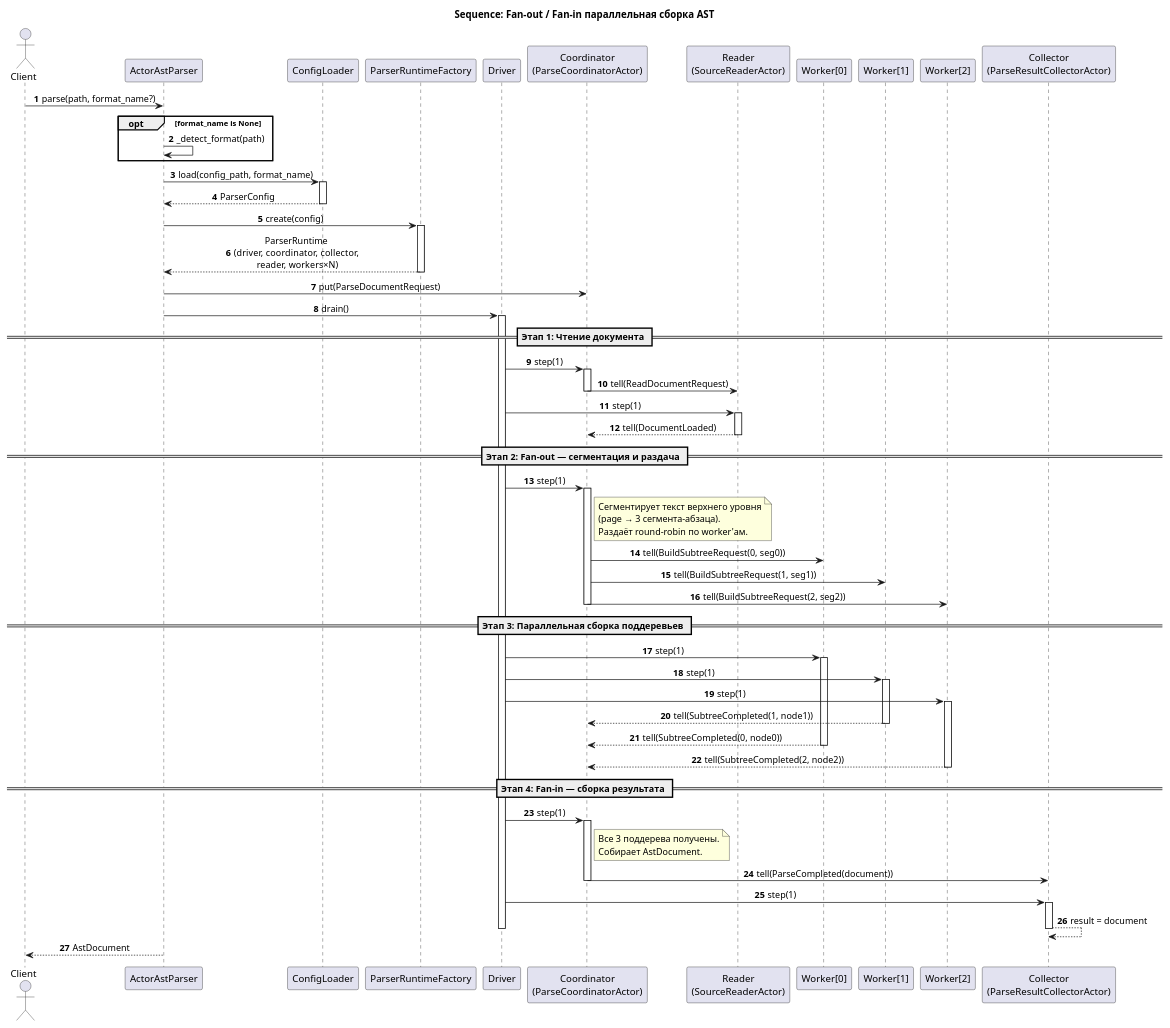
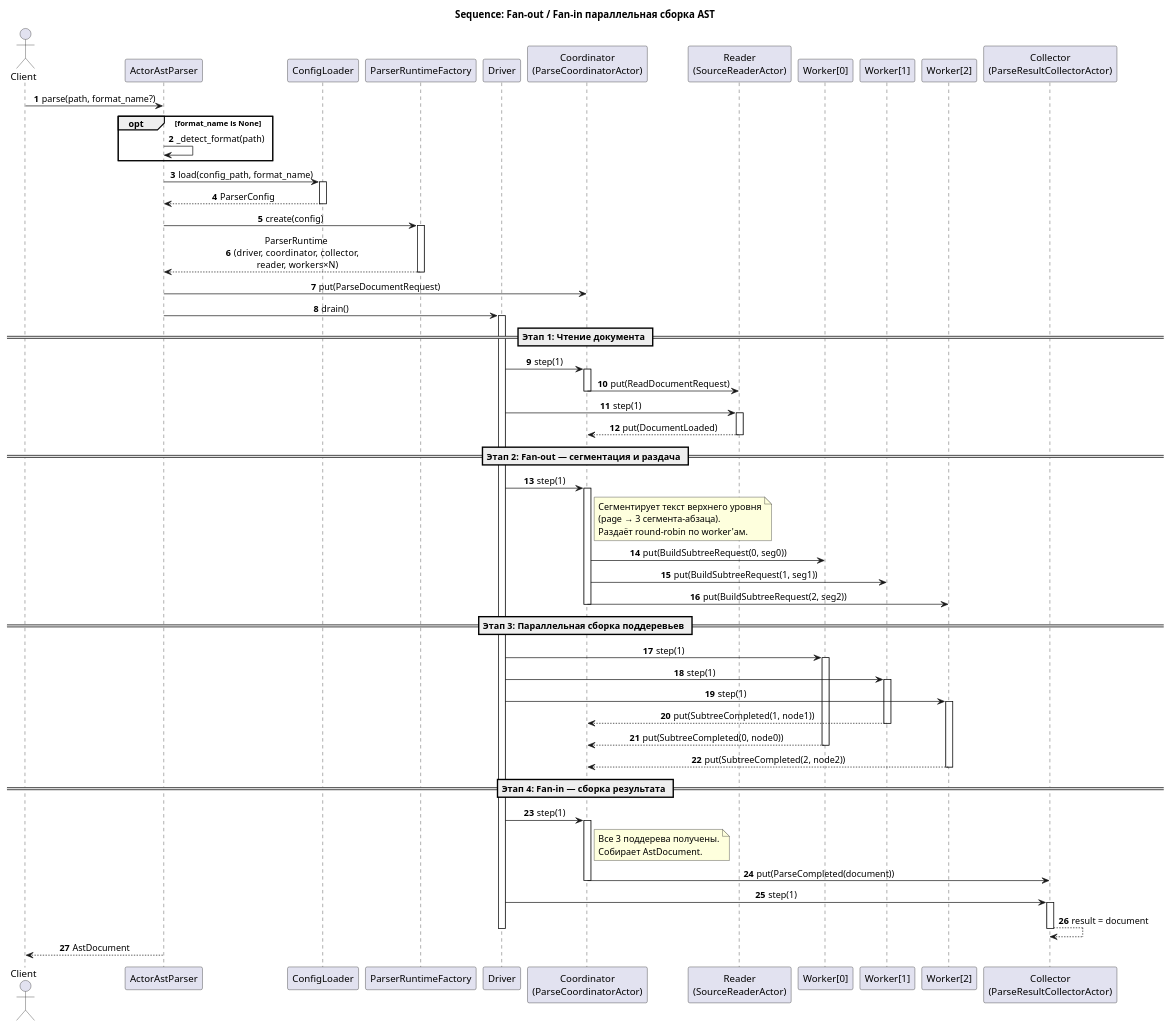
The diagram in docs/uml/fanout_sequence.puml (Forthey/DiGr), drawn with PlantUML before and after one commit. The commit also changed 24 other files, not shown here.

```diff
--- a/docs/uml/fanout_sequence.puml
+++ b/docs/uml/fanout_sequence.puml
@@ -1,103 +1,103 @@
 @startuml
 autonumber
 skinparam shadowing false
 skinparam sequenceMessageAlign center
 skinparam responseMessageBelowArrow true
 
 title Sequence: Fan-out / Fan-in параллельная сборка AST
 
 actor Client
 participant ActorAstParser
 participant ConfigLoader
 participant ParserRuntimeFactory
 participant Driver
 participant Coordinator as "Coordinator\n(ParseCoordinatorActor)"
 participant Reader as "Reader\n(SourceReaderActor)"
 participant "Worker[0]" as W0
 participant "Worker[1]" as W1
 participant "Worker[2]" as W2
 participant Collector as "Collector\n(ParseResultCollectorActor)"
 
 Client -> ActorAstParser: parse(path, format_name?)
 
 opt format_name is None
   ActorAstParser -> ActorAstParser: _detect_format(path)
 end
 
 ActorAstParser -> ConfigLoader: load(config_path, format_name)
 activate ConfigLoader
 ConfigLoader --> ActorAstParser: ParserConfig
 deactivate ConfigLoader
 
 ActorAstParser -> ParserRuntimeFactory: create(config)
 activate ParserRuntimeFactory
 ParserRuntimeFactory --> ActorAstParser: ParserRuntime\n(driver, coordinator, collector,\n reader, workers×N)
 deactivate ParserRuntimeFactory
 
 ActorAstParser -> Coordinator: put(ParseDocumentRequest)
 ActorAstParser -> Driver: drain()
 activate Driver
 
 == Этап 1: Чтение документа ==
 
 Driver -> Coordinator: step(1)
 activate Coordinator
-Coordinator -> Reader: tell(ReadDocumentRequest)
+Coordinator -> Reader: put(ReadDocumentRequest)
 deactivate Coordinator
 
 Driver -> Reader: step(1)
 activate Reader
-Reader --> Coordinator: tell(DocumentLoaded)
+Reader --> Coordinator: put(DocumentLoaded)
 deactivate Reader
 
 == Этап 2: Fan-out — сегментация и раздача ==
 
 Driver -> Coordinator: step(1)
 activate Coordinator
 note right of Coordinator
   Сегментирует текст верхнего уровня
   (page → 3 сегмента-абзаца).
   Раздаёт round-robin по worker'ам.
 end note
-Coordinator -> W0: tell(BuildSubtreeRequest(0, seg0))
-Coordinator -> W1: tell(BuildSubtreeRequest(1, seg1))
-Coordinator -> W2: tell(BuildSubtreeRequest(2, seg2))
+Coordinator -> W0: put(BuildSubtreeRequest(0, seg0))
+Coordinator -> W1: put(BuildSubtreeRequest(1, seg1))
+Coordinator -> W2: put(BuildSubtreeRequest(2, seg2))
 deactivate Coordinator
 
 == Этап 3: Параллельная сборка поддеревьев ==
 
 Driver -> W0: step(1)
 activate W0
 Driver -> W1: step(1)
 activate W1
 Driver -> W2: step(1)
 activate W2
 
-W1 --> Coordinator: tell(SubtreeCompleted(1, node1))
+W1 --> Coordinator: put(SubtreeCompleted(1, node1))
 deactivate W1
-W0 --> Coordinator: tell(SubtreeCompleted(0, node0))
+W0 --> Coordinator: put(SubtreeCompleted(0, node0))
 deactivate W0
-W2 --> Coordinator: tell(SubtreeCompleted(2, node2))
+W2 --> Coordinator: put(SubtreeCompleted(2, node2))
 deactivate W2
 
 == Этап 4: Fan-in — сборка результата ==
 
 Driver -> Coordinator: step(1)
 activate Coordinator
 note right of Coordinator
   Все 3 поддерева получены.
   Собирает AstDocument.
 end note
-Coordinator -> Collector: tell(ParseCompleted(document))
+Coordinator -> Collector: put(ParseCompleted(document))
 deactivate Coordinator
 
 Driver -> Collector: step(1)
 activate Collector
 Collector --> Collector: result = document
 deactivate Collector
 
 deactivate Driver
 
 ActorAstParser --> Client: AstDocument
 
 @enduml
```
